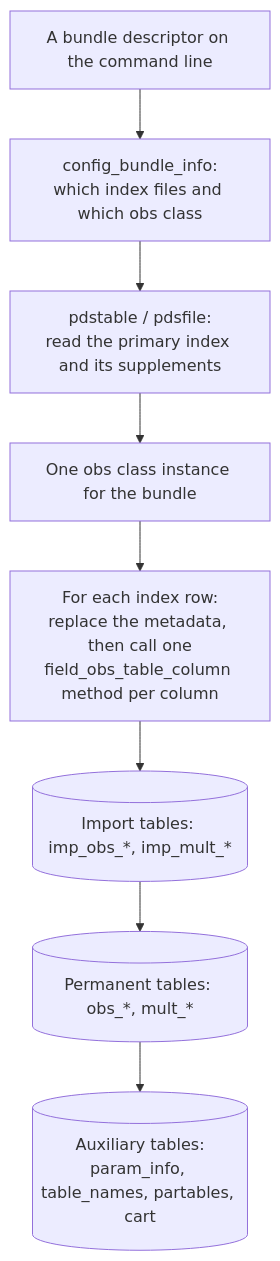
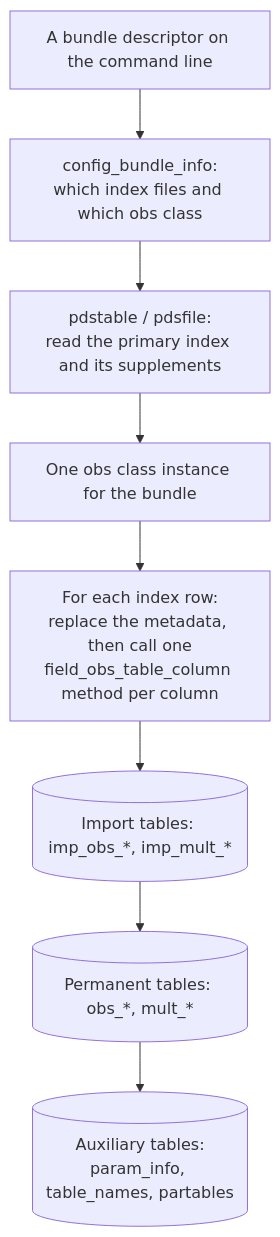
The second of 4 diagrams in docs/dev_guide_architecture.rst (SETI/rms-opus), drawn with Mermaid before and after one commit. The commit also changed other lines of this file and 23 other files, not shown here.

```diff
--- a/docs/dev_guide_architecture.rst
+++ b/docs/dev_guide_architecture.rst
@@ -37,10 +37,10 @@
 .. mermaid::
 
     flowchart TD
         A[A bundle descriptor on the command line] --> B[config_bundle_info:<br/>which index files and which obs class]
         B --> C[pdstable / pdsfile:<br/>read the primary index and its supplements]
         C --> D[One obs class instance for the bundle]
         D --> E[For each index row:<br/>replace the metadata, then call one<br/>field_obs_table_column method per column]
         E --> F[(Import tables: imp_obs_*, imp_mult_*)]
         F --> G[(Permanent tables: obs_*, mult_*)]
-        G --> H[(Auxiliary tables:<br/>param_info, table_names, partables, cart)]
+        G --> H[(Auxiliary tables:<br/>param_info, table_names, partables)]
```
